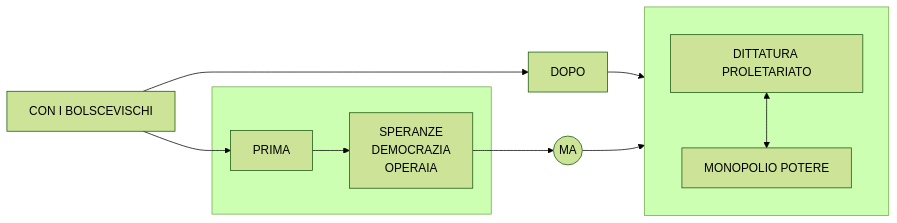
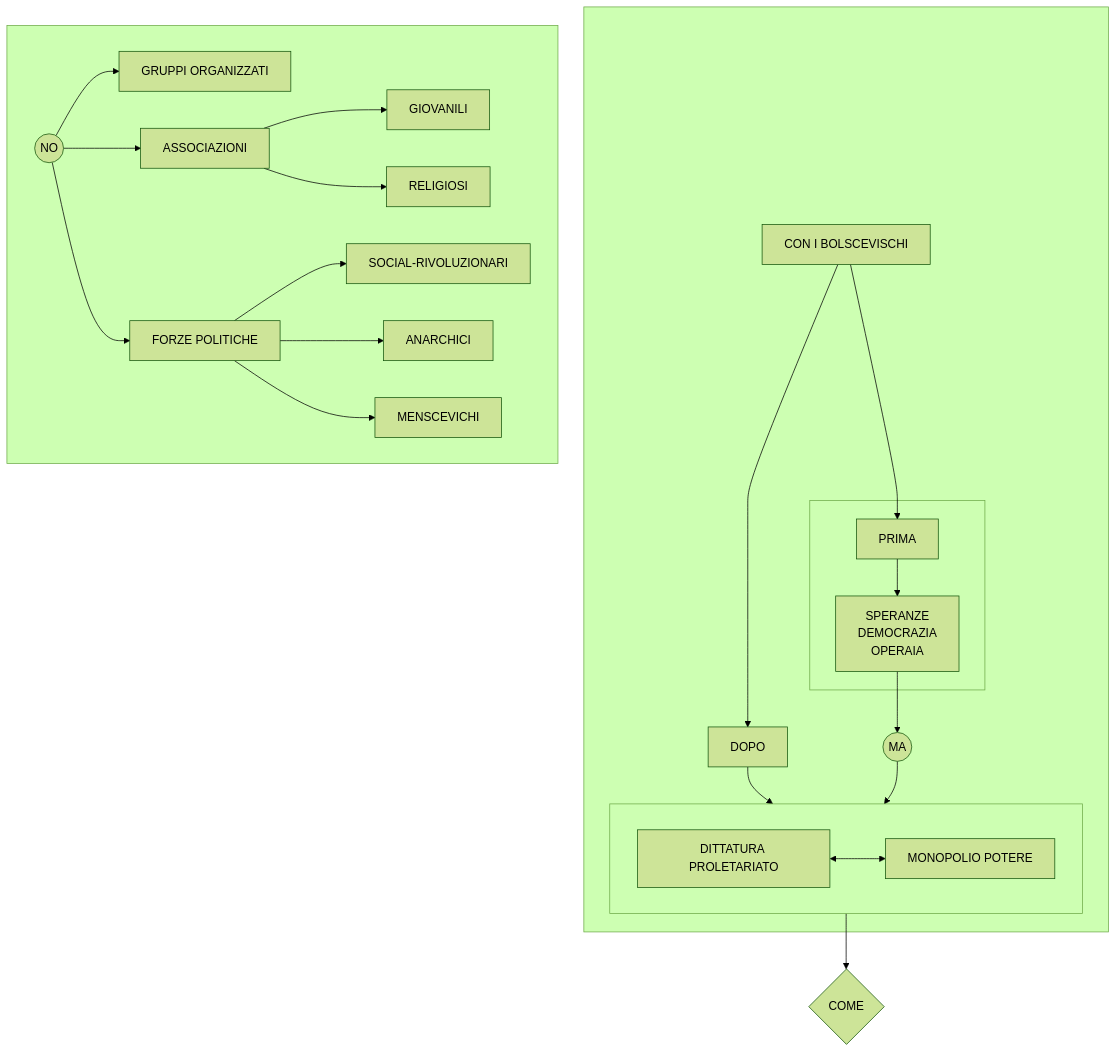
One commit to Laaouatni/ricerca-storia-MermaidJS changed the diagram in prova.md. Above: the diagram before and after it, drawn with Mermaid (forest theme).

````diff
--- a/prova.md
+++ b/prova.md
@@ -1,19 +1,37 @@
 ```mermaid
-flowchart LR
-  0[CON I BOLSCEVISCHI]
-  subgraph 3[" "]
-    1[PRIMA]
-    10[SPERANZE <br> DEMOCRAZIA <br> OPERAIA]
-    1 --> 10
+flowchart TB
+  subgraph 42[" "]
+    0[CON I BOLSCEVISCHI]
+    subgraph 3[" "]
+      1[PRIMA]
+      10[SPERANZE <br> DEMOCRAZIA <br> OPERAIA]
+      1 --> 10
+    end
+    2[DOPO]
+    0 --> 1 & 2
+    subgraph 4[" "]
+      40[DITTATURA PROLETARIATO]
+      400[MONOPOLIO POTERE]
+      40 <--> 400
+    end
+    2 --> 4
+    41((MA))
+    10 --> 41 --> 4
   end
-  2[DOPO]
-  0 --> 1 & 2
-  subgraph 4[" "]
-    40[DITTATURA PROLETARIATO]
-    400[MONOPOLIO POTERE]
-    40 <--> 400
+  5{COME}
+  4 --> 5
+  subgraph 6[" "]
+    60((NO))
+    61[GRUPPI ORGANIZZATI]
+    62[ASSOCIAZIONI]
+    620[GIOVANILI]
+    621[RELIGIOSI]
+    63[FORZE POLITICHE]
+    630[SOCIAL-RIVOLUZIONARI]
+    631[ANARCHICI]
+    632[MENSCEVICHI]
+    60 --> 61 & 62 & 63
+    63 --> 630 & 631 & 632
+    62 --> 620 & 621
   end
-  2 --> 4
-  41((MA))
-  10 --> 41 --> 4
 ```
````
